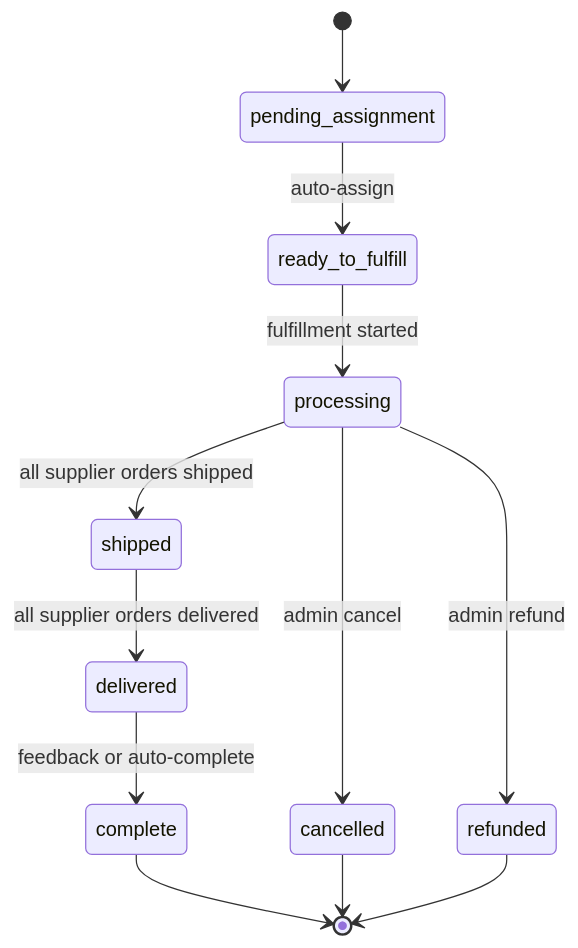
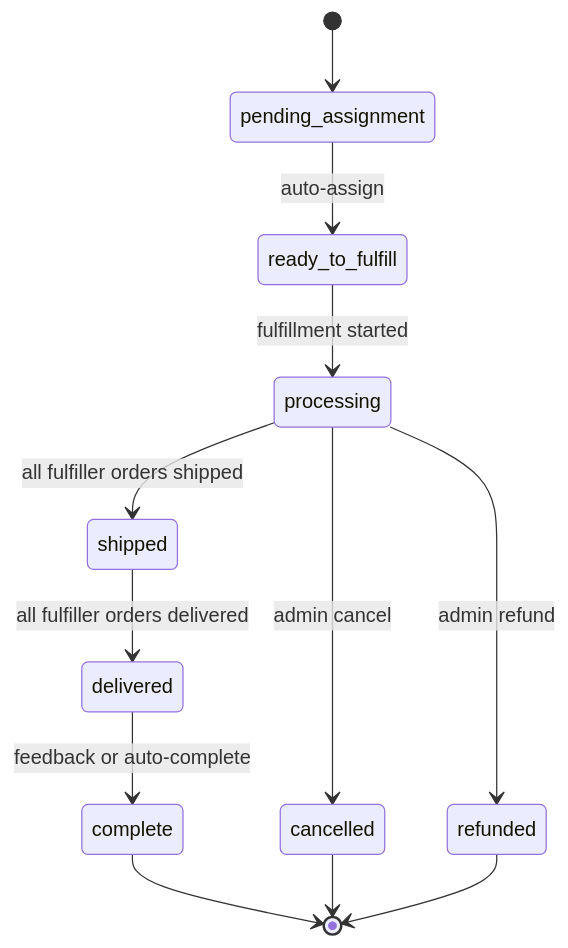
Before and after one commit to night-heron-software/temporal-commerce-demo: the third of 3 diagrams in docs/developer-guide.md, drawn with Mermaid. The commit also changed other lines of this file and 16 other files, not shown here.

````diff
--- a/docs/developer-guide.md
+++ b/docs/developer-guide.md
@@ -310,14 +310,14 @@
 ```mermaid
 stateDiagram-v2
     [*] --> pending_assignment
     pending_assignment --> ready_to_fulfill : auto-assign
     ready_to_fulfill --> processing : fulfillment started
-    processing --> shipped : all supplier orders shipped
-    shipped --> delivered : all supplier orders delivered
+    processing --> shipped : all fulfiller orders shipped
+    shipped --> delivered : all fulfiller orders delivered
     delivered --> complete : feedback or auto-complete
     processing --> cancelled : admin cancel
     processing --> refunded : admin refund
     complete --> [*]
     cancelled --> [*]
     refunded --> [*]
 ```
````
